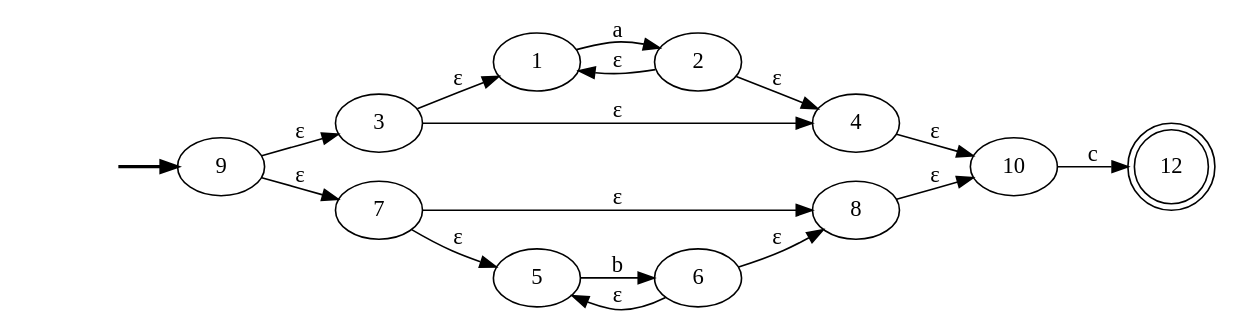
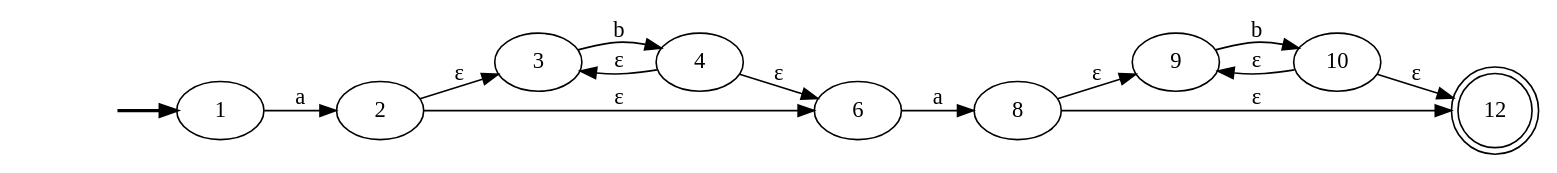
Before and after one commit to bar20807/CompiladorProyect: the diagram in Pre-laboratorio B/AFN#1PreLabB.gv, drawn with Graphviz. The commit also changed 8 other files, not shown here.

```diff
--- a/Pre-laboratorio B/AFN#1PreLabB.gv
+++ b/Pre-laboratorio B/AFN#1PreLabB.gv
@@ -1,41 +1,34 @@
 digraph "AFN#1PreLabB" {
 	graph [rankdir=LR]
 	fake [style=invisible]
-	fake -> 9 [style=bold]
-	9 [root=true]
-	3
-	9 -> 3 [label="ε"]
-	7
-	9 -> 7 [label="ε"]
-	3
-	1
-	3 -> 1 [label="ε"]
-	4
-	3 -> 4 [label="ε"]
-	7
-	8
-	7 -> 8 [label="ε"]
-	5
-	7 -> 5 [label="ε"]
-	1
+	fake -> 1 [style=bold]
+	1 [root=true]
 	2
 	1 -> 2 [label=a]
+	2
+	3
+	2 -> 3 [label="ε"]
+	6
+	2 -> 6 [label="ε"]
+	3
 	4
+	3 -> 4 [label=b]
+	6
+	8
+	6 -> 8 [label=a]
+	4
+	4 -> 3 [label="ε"]
+	4 -> 6 [label="ε"]
+	8
+	9
+	8 -> 9 [label="ε"]
+	12 [shape=doublecircle]
+	8 -> 12 [label="ε"]
+	9
 	10
-	4 -> 10 [label="ε"]
-	8
-	8 -> 10 [label="ε"]
-	5
-	6
-	5 -> 6 [label=b]
-	2
-	2 -> 1 [label="ε"]
-	2 -> 4 [label="ε"]
+	9 -> 10 [label=b]
+	12 [shape=doublecircle]
 	10
-	12 [shape=doublecircle]
-	10 -> 12 [label=c]
-	6
-	6 -> 8 [label="ε"]
-	6 -> 5 [label="ε"]
-	12 [shape=doublecircle]
+	10 -> 9 [label="ε"]
+	10 -> 12 [label="ε"]
 }
```
